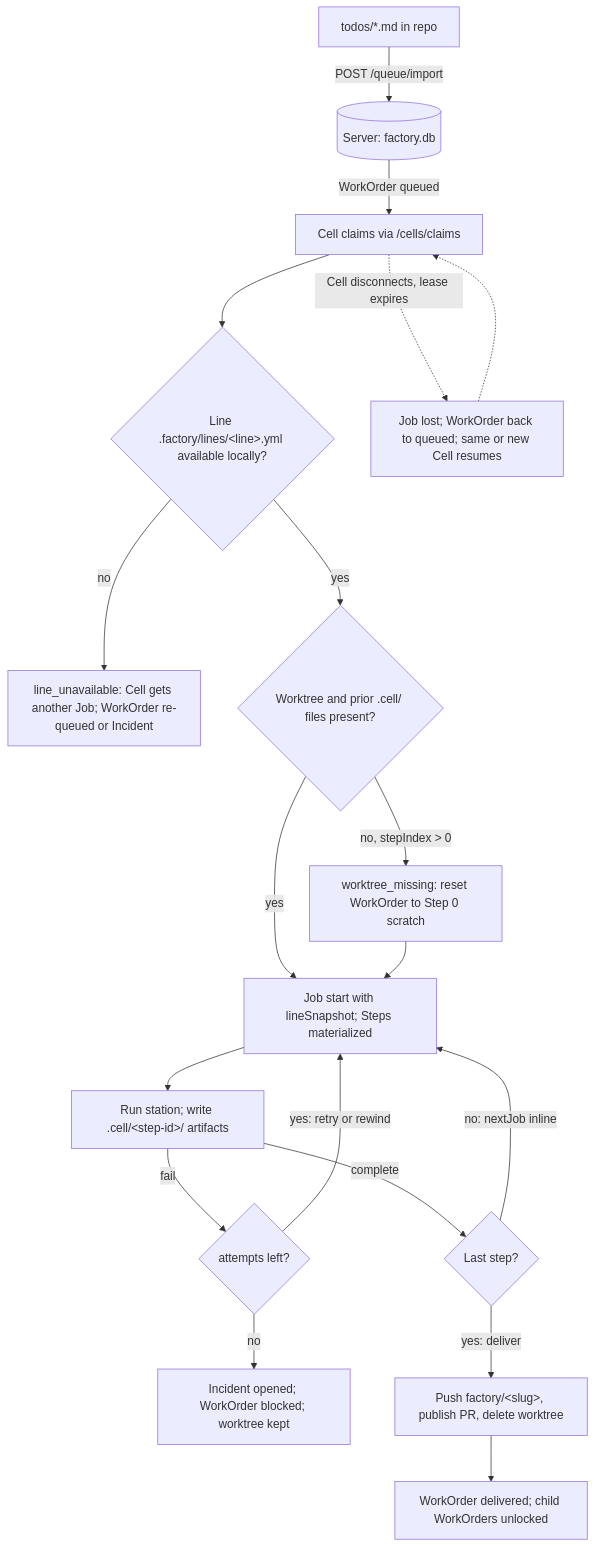
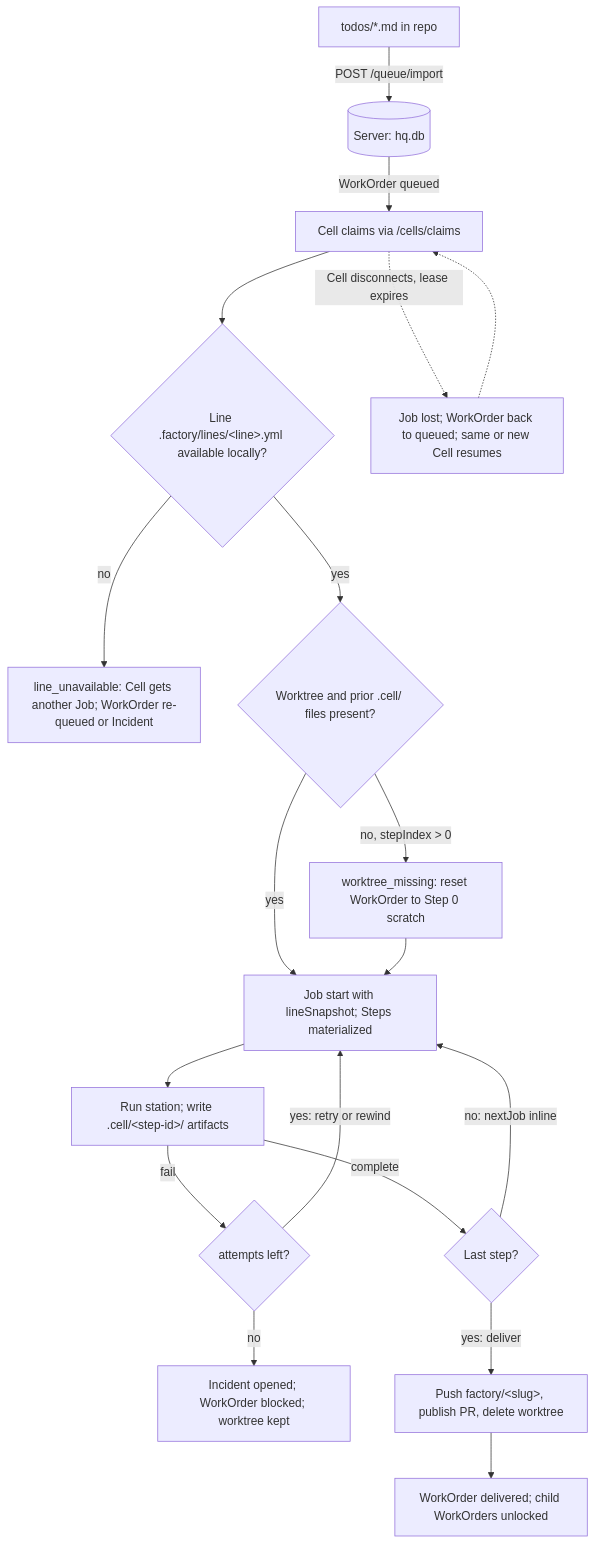
The first of 4 diagrams in docs/hq.md (xyashino/software-factory), drawn with Mermaid before and after one commit. The commit also changed other lines of this file and 37 other files, not shown here.

````diff
--- a/docs/hq.md
+++ b/docs/hq.md
@@ -7,21 +7,21 @@
 ```mermaid
 flowchart TD
-  A["todos/*.md in repo"] -->|"POST /queue/import"| B[("Server: factory.db")]
+  A["todos/*.md in repo"] -->|"POST /queue/import"| B[("Server: hq.db")]
   B -->|"WorkOrder queued"| C["Cell claims via /cells/claims"]
   C --> D{"Line .factory/lines/&lt;line&gt;.yml available locally?"}
   D -->|"no"| E["line_unavailable: Cell gets another Job; WorkOrder re-queued or Incident"]
   D -->|"yes"| F{"Worktree and prior .cell/ files present?"}
   F -->|"no, stepIndex > 0"| G["worktree_missing: reset WorkOrder to Step 0 scratch"]
   F -->|"yes"| H["Job start with lineSnapshot; Steps materialized"]
   G --> H
   H --> I["Run station; write .cell/&lt;step-id&gt;/ artifacts"]
   I -->|"complete"| J{"Last step?"}
   J -->|"no: nextJob inline"| H
   I -->|"fail"| K{"attempts left?"}
   K -->|"yes: retry or rewind"| H
   K -->|"no"| L["Incident opened; WorkOrder blocked; worktree kept"]
   J -->|"yes: deliver"| M["Push factory/&lt;slug&gt;, publish PR, delete worktree"]
   M --> N["WorkOrder delivered; child WorkOrders unlocked"]
   C -. "Cell disconnects, lease expires" .-> O["Job lost; WorkOrder back to queued; same or new Cell resumes"]
   O -.-> C
 ```
````
